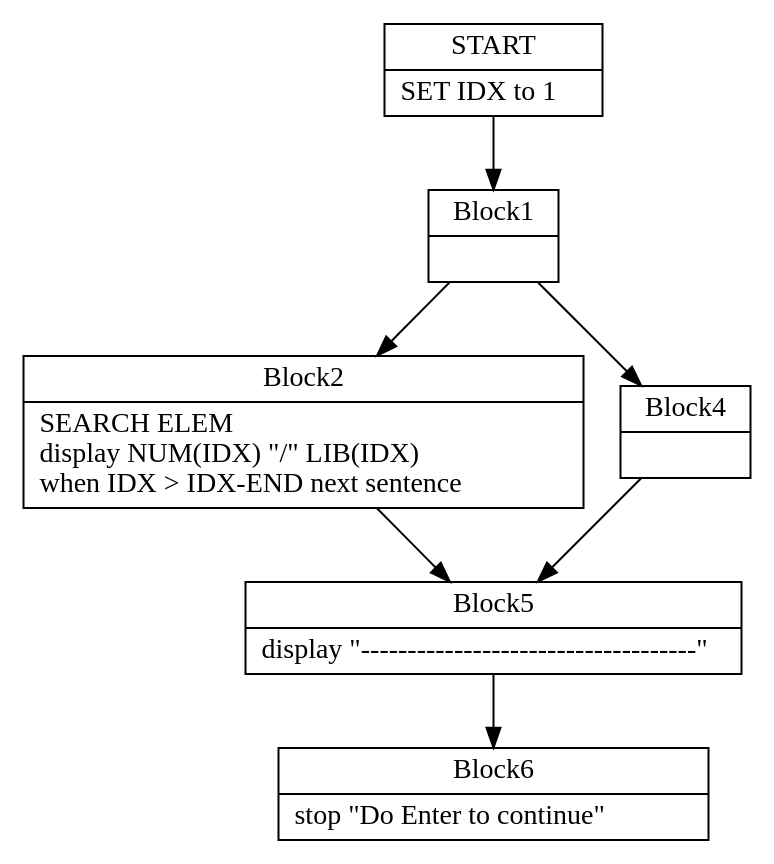
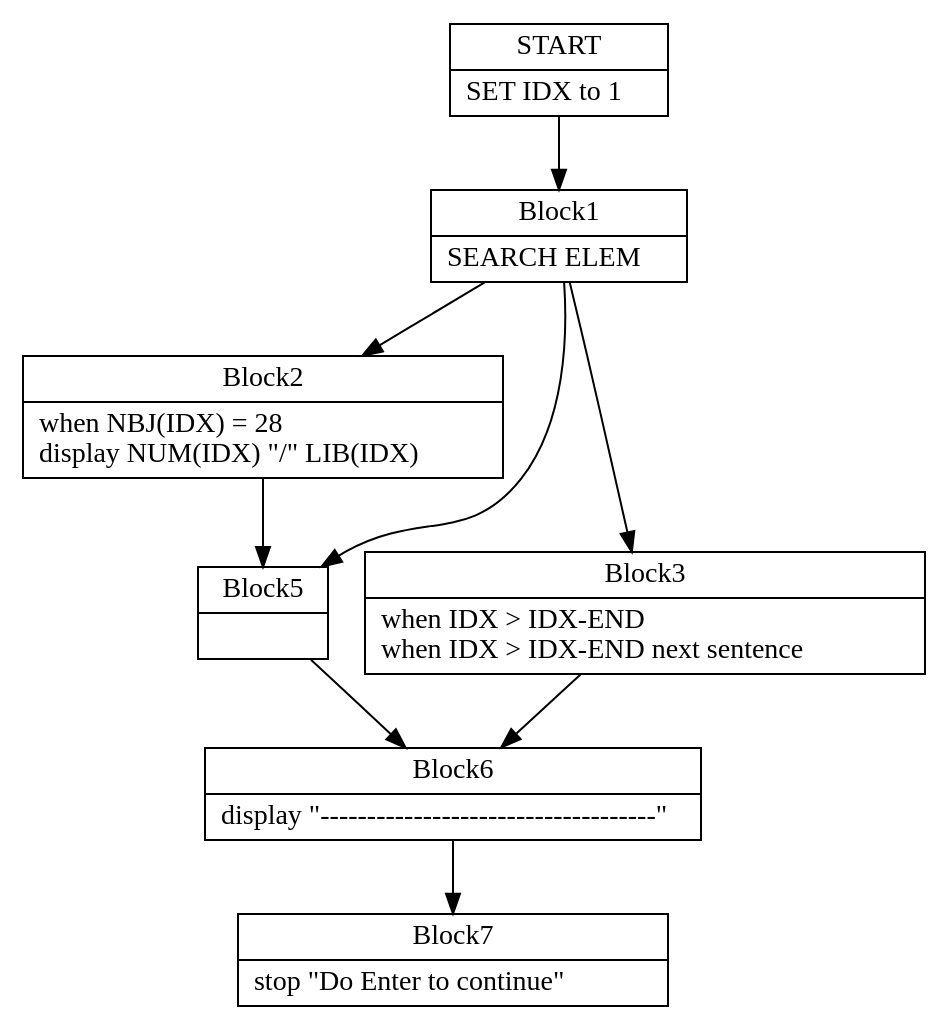
The diagram in TypeCobol.Analysis.Test/DotOutput/SearchNextSentence0.dot (TypeCobolTeam/TypeCobol), drawn with Graphviz before and after one commit. The commit also changed 5 other files, not shown here.

Commit message:
WI #1269 Keep on testing CFG dot graphs and visualization

```diff
--- a/TypeCobol.Analysis.Test/DotOutput/SearchNextSentence0.dot
+++ b/TypeCobol.Analysis.Test/DotOutput/SearchNextSentence0.dot
@@ -1,34 +1,39 @@
 digraph Cfg {
 node [
 shape = "record"
 ]
 
 edge [
 arrowtail = "empty"
 ]
 Block0 [
 label = "{START|    SET IDX to 1\l}"
 ]
 Block1 [
-label = "{Block1|}"
+label = "{Block1|    SEARCH ELEM\l}"
 ]
 Block2 [
-label = "{Block2|    SEARCH ELEM\l           display NUM(IDX) \"/\" LIB(IDX)\l           when IDX \> IDX-END next sentence\l}"
+label = "{Block2|           when NBJ(IDX) = 28\l           display NUM(IDX) \"/\" LIB(IDX)\l}"
 ]
 Block5 [
-label = "{Block5|    display \"------------------------------------\"\l}"
+label = "{Block5|}"
 ]
 Block6 [
-label = "{Block6|    stop \"Do Enter to continue\"\l}"
+label = "{Block6|    display \"------------------------------------\"\l}"
 ]
-Block4 [
-label = "{Block4|}"
+Block7 [
+label = "{Block7|    stop \"Do Enter to continue\"\l}"
+]
+Block3 [
+label = "{Block3|           when IDX \> IDX-END\l           when IDX \> IDX-END next sentence\l}"
 ]
 Block0 -> Block1
 Block1 -> Block2
-Block1 -> Block4
+Block1 -> Block3
+Block1 -> Block5
 Block2 -> Block5
 Block5 -> Block6
-Block4 -> Block5
+Block6 -> Block7
+Block3 -> Block6
 
 }
```
